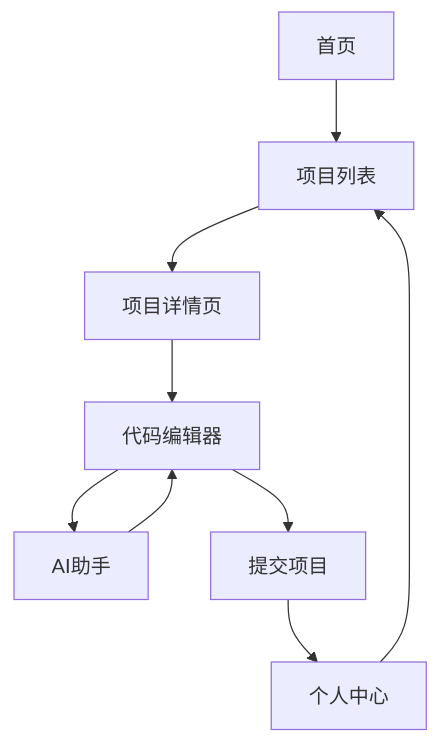
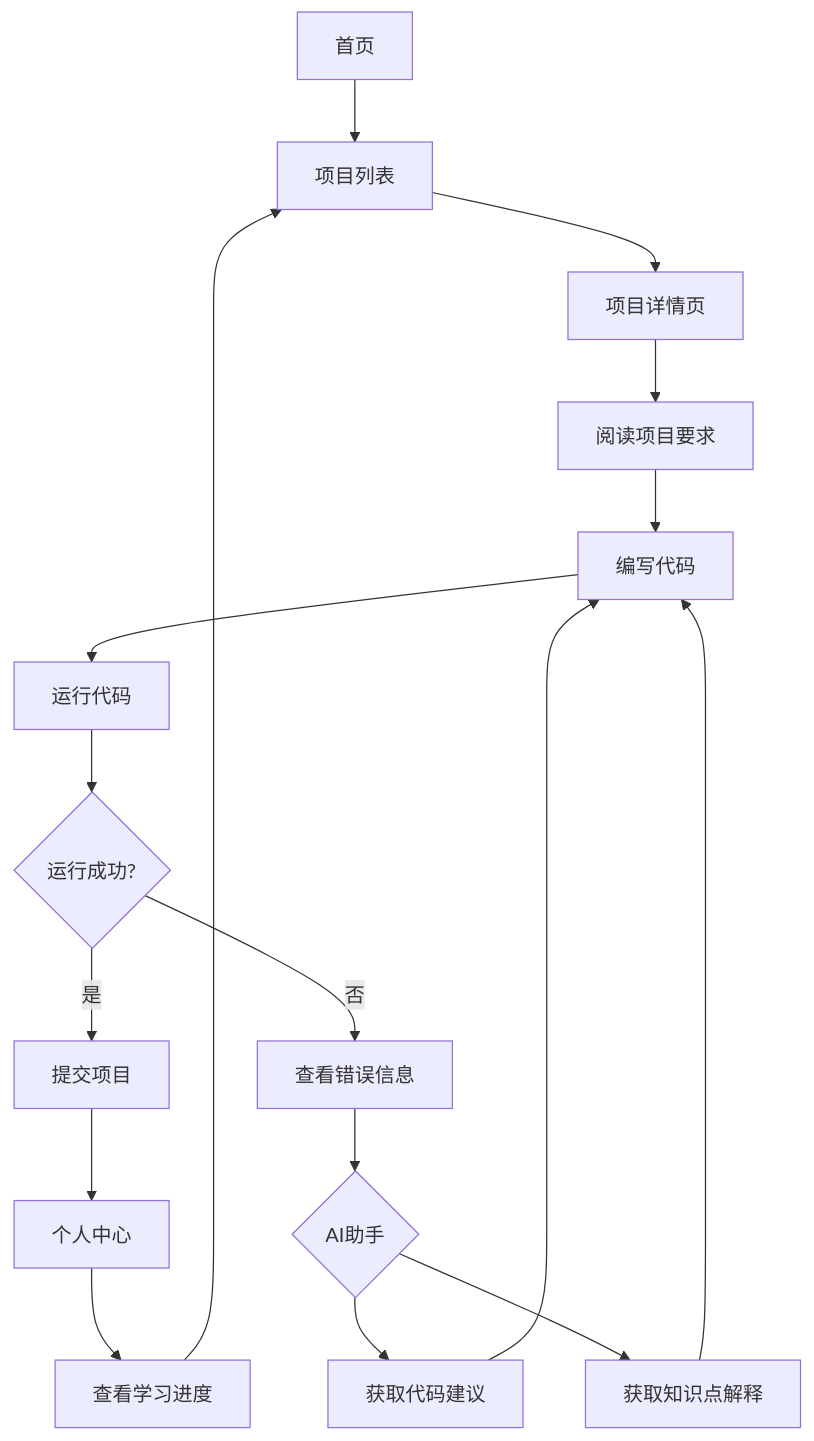
The diagram in .trae/documents/prd.md (hrx222/hrx), drawn with Mermaid before and after one commit. The commit also changed other lines of this file and 2 other files, not shown here.

````diff
--- a/.trae/documents/prd.md
+++ b/.trae/documents/prd.md
@@ -34,11 +38,19 @@
 ```mermaid
 flowchart TD
     A[首页] --> B[项目列表]
     B --> C[项目详情页]
-    C --> D[代码编辑器]
-    D --> E[AI助手]
-    E --> D
-    D --> F[提交项目]
-    F --> G[个人中心]
-    G --> B
+    C --> D[阅读项目要求]
+    D --> E[编写代码]
+    E --> F[运行代码]
+    F --> G{运行成功?}
+    G -->|是| H[提交项目]
+    G -->|否| I[查看错误信息]
+    I --> J{AI助手}
+    J --> K[获取代码建议]
+    J --> L[获取知识点解释]
+    K --> E
+    L --> E
+    H --> M[个人中心]
+    M --> N[查看学习进度]
+    N --> B
 ```
````
